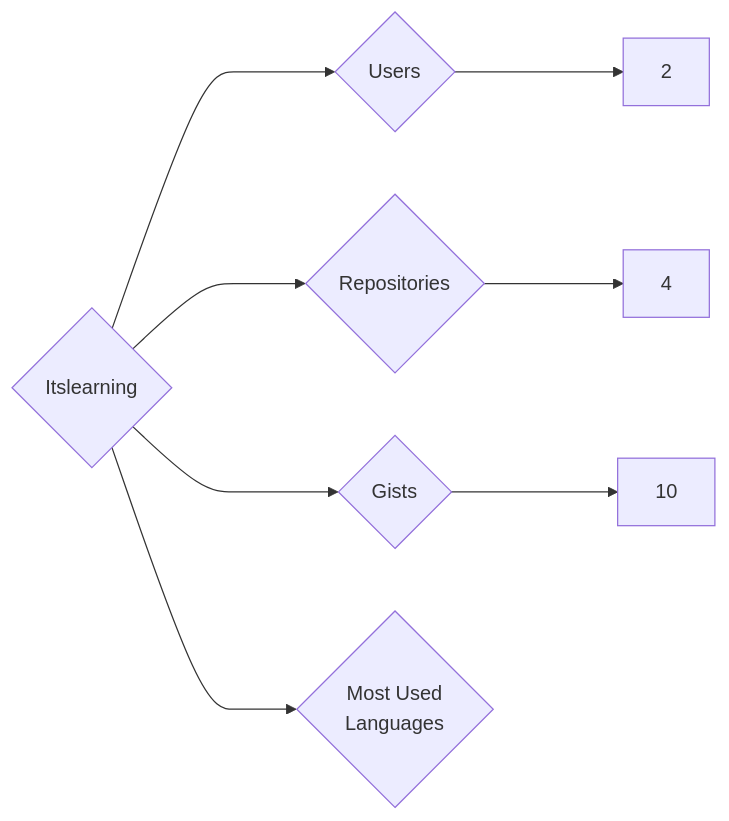
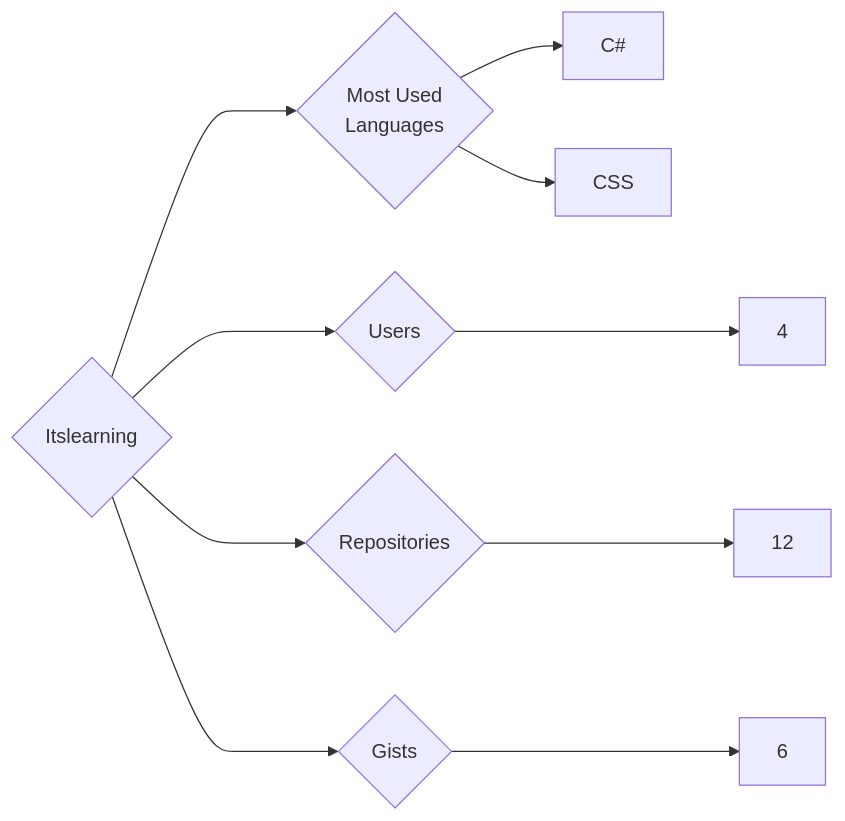
One commit to trickest/insiders changed the diagram in targets/Itslearning/README.md. Above: the diagram before and after it, drawn with Mermaid. The commit also changed 1030 other files, not shown here.

````diff
--- a/targets/Itslearning/README.md
+++ b/targets/Itslearning/README.md
@@ -3,8 +3,10 @@
 ```mermaid
 graph LR
 COMPANY_NAME{Itslearning}
-COMPANY_NAME ---> U{Users} ---> UN[2]
-COMPANY_NAME ---> R{Repositories} ---> RN[4]
-COMPANY_NAME ---> G{Gists} ---> GN[10]
+COMPANY_NAME ---> U{Users} ---> UN[4]
+COMPANY_NAME ---> R{Repositories} ---> RN[12]
+COMPANY_NAME ---> G{Gists} ---> GN[6]
 COMPANY_NAME ---> ML{Most Used<br>Languages}
+ML --> C#[C#]
+ML --> CSS[CSS]
 ```
````
